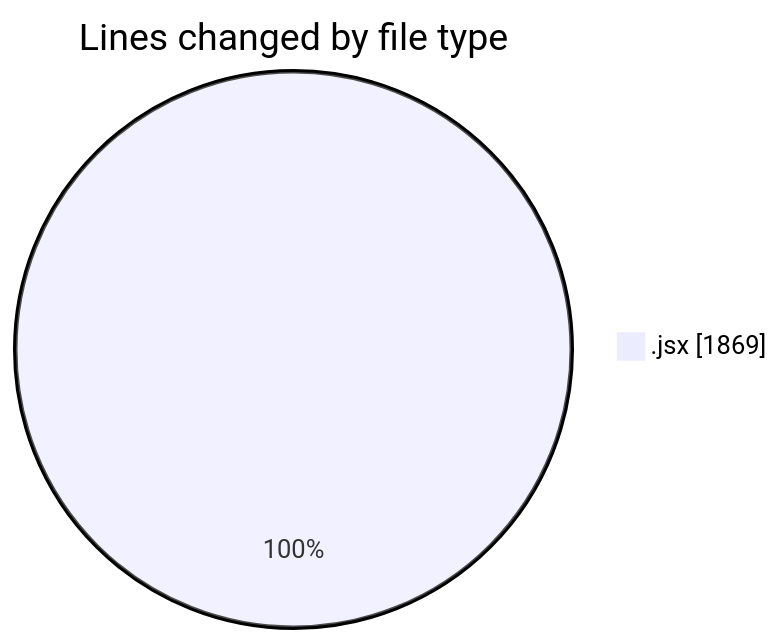
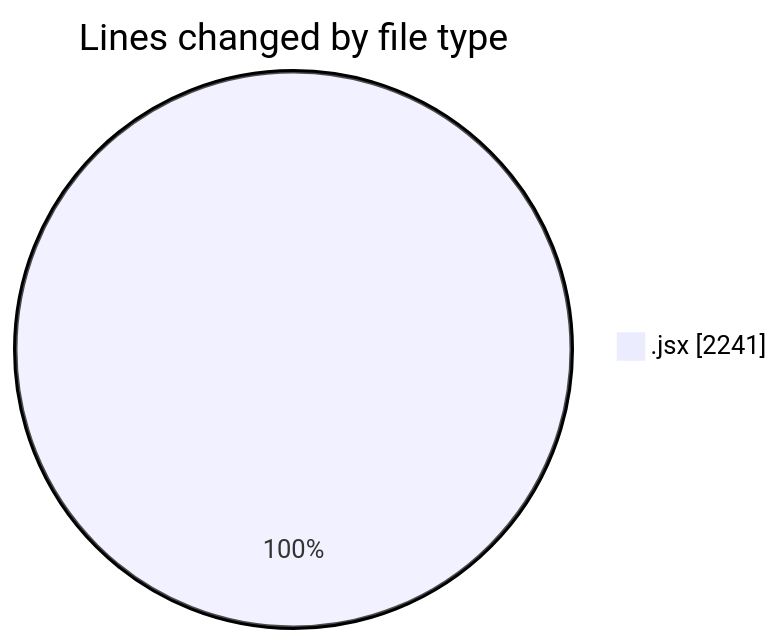
One commit to nxtqubesakshisongat/code-tracking changed the first of 2 diagrams in 2025-11-19/nxtqube_webapp/README.md. Above: the diagram before and after it, drawn with Mermaid. The commit also changed other lines of this file and 1 other file, not shown here.

````diff
--- a/2025-11-19/nxtqube_webapp/README.md
+++ b/2025-11-19/nxtqube_webapp/README.md
@@ -21,5 +22,5 @@
 ```mermaid
 pie showData
 title Lines changed by file type
-".jsx" : 1869
+".jsx" : 2241
 ```
````
